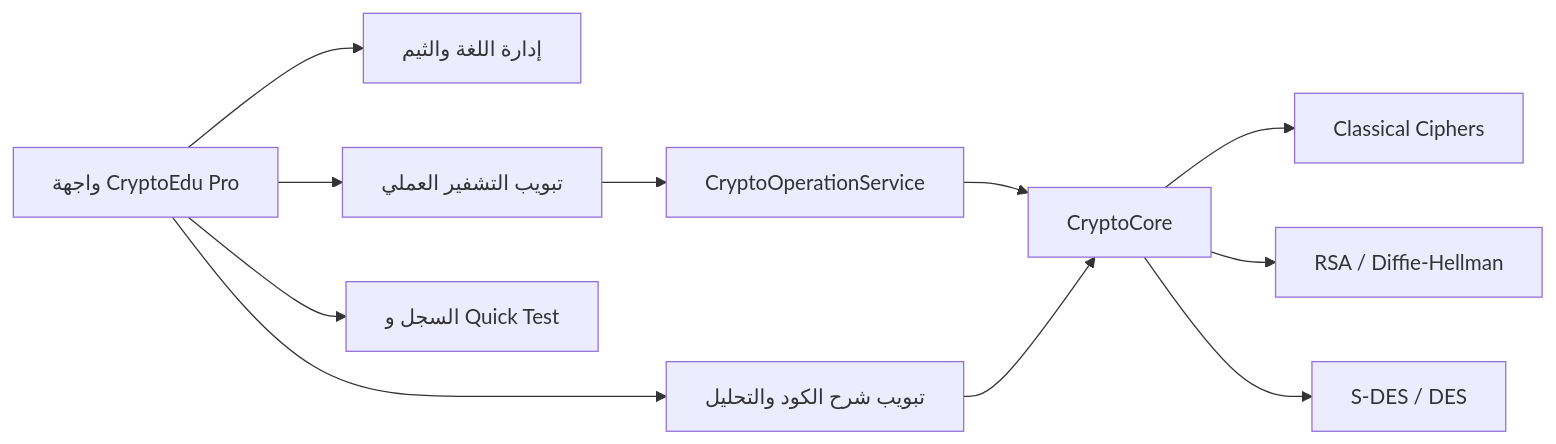
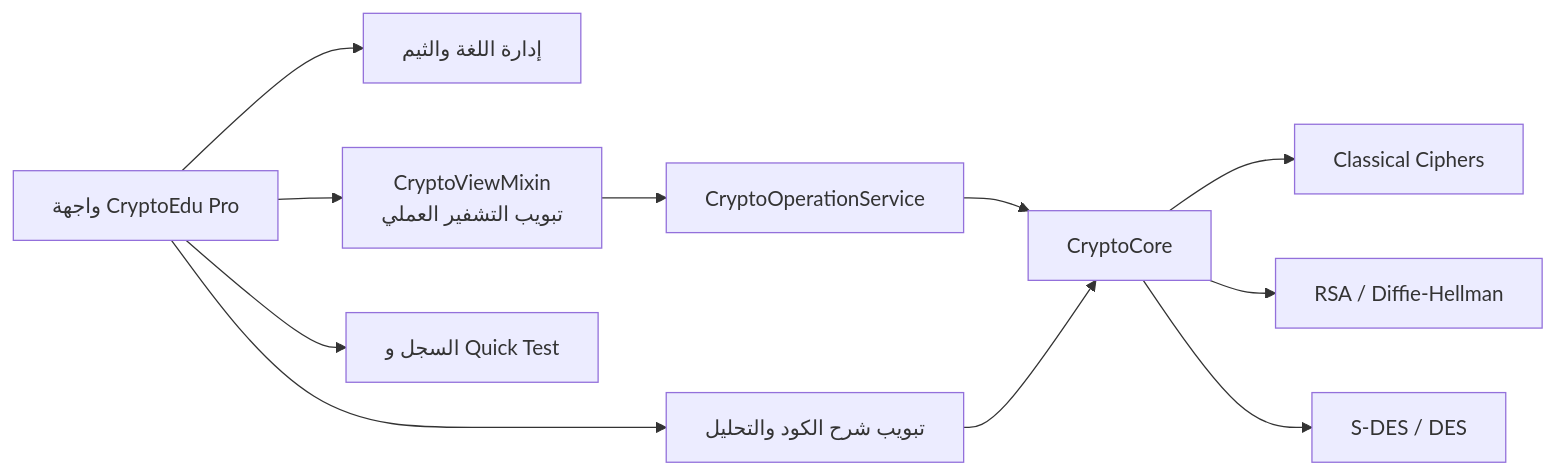
The diagram in README.md (Dev-KAIDO/CryptoEdu-Pro), drawn with Mermaid before and after one commit. The commit also changed other lines of this file and 2 other files, not shown here.

````diff
--- a/README.md
+++ b/README.md
@@ -233,13 +234,13 @@
 ```mermaid
 flowchart LR
     A[واجهة CryptoEdu Pro] --> B[إدارة اللغة والثيم]
-    A --> C[تبويب التشفير العملي]
+    A --> C[CryptoViewMixin\nتبويب التشفير العملي]
     A --> D[تبويب شرح الكود والتحليل]
     C --> E[CryptoOperationService]
     E --> F[CryptoCore]
     F --> G[Classical Ciphers]
     F --> H[RSA / Diffie-Hellman]
     F --> I[S-DES / DES]
     D --> F
     A --> J[السجل و Quick Test]
 ```
````
